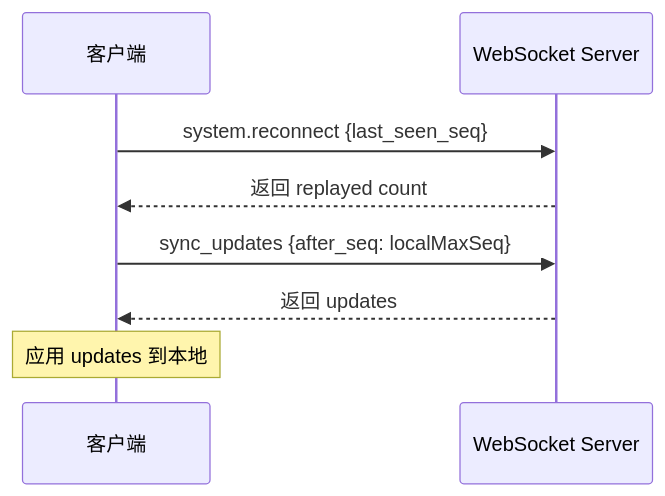
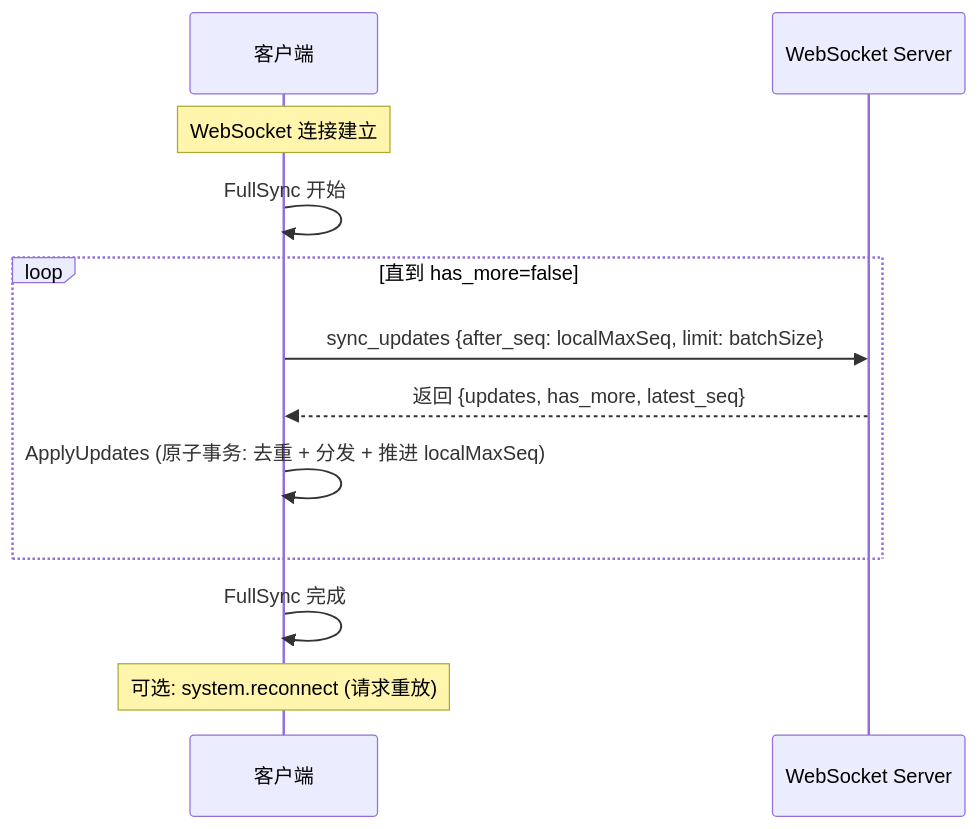
One commit to PineappleBond/xyncra-server changed diagram 11 of 12 in wiki/flows/sync-updates.md. Above: the diagram before and after it, drawn with Mermaid. The commit also changed other lines of this file and 21 other files, not shown here.

````diff
--- a/wiki/flows/sync-updates.md
+++ b/wiki/flows/sync-updates.md
@@ -278,13 +356,17 @@
 ```mermaid
 sequenceDiagram
     participant C as 客户端
     participant WS as WebSocket Server
 
-    C->>WS: system.reconnect {last_seen_seq}
-    WS-->>C: 返回 replayed count
+    Note over C: WebSocket 连接建立
 
-    C->>WS: sync_updates {after_seq: localMaxSeq}
-    WS-->>C: 返回 updates
+    C->>C: FullSync 开始
+    loop 直到 has_more=false
+        C->>WS: sync_updates {after_seq: localMaxSeq, limit: batchSize}
+        WS-->>C: 返回 {updates, has_more, latest_seq}
+        C->>C: ApplyUpdates (原子事务: 去重 + 分发 + 推进 localMaxSeq)
+    end
+    C->>C: FullSync 完成
 
-    Note over C: 应用 updates 到本地
+    Note over C: 可选: system.reconnect (请求重放)
 ```
````
